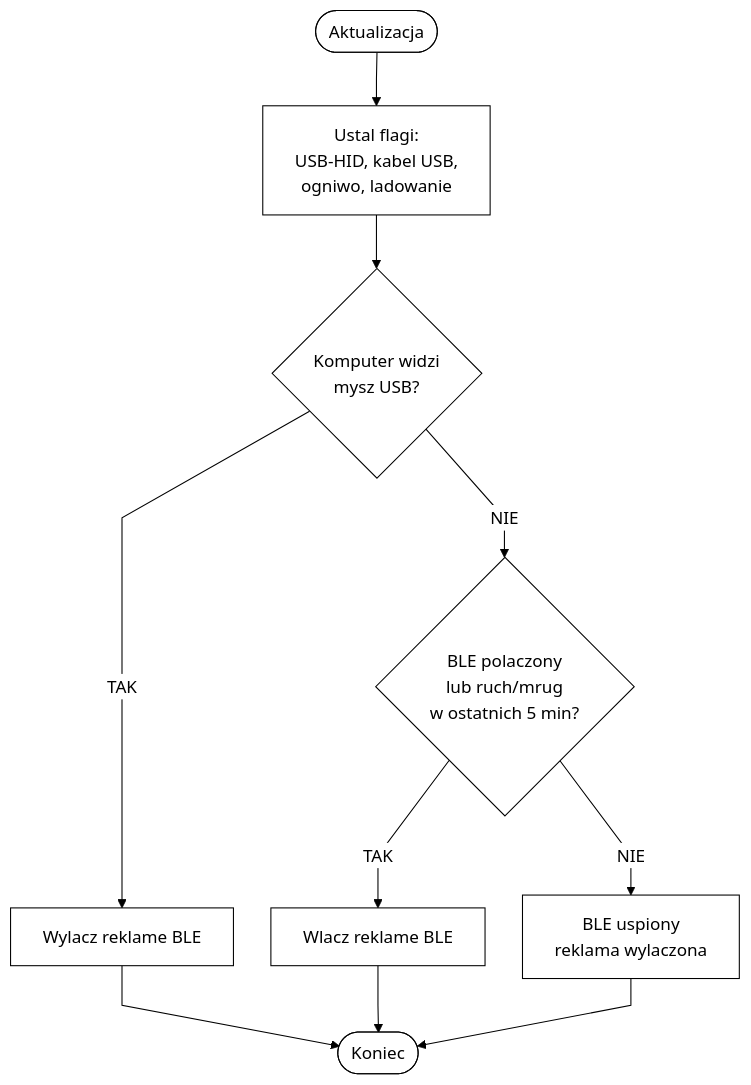
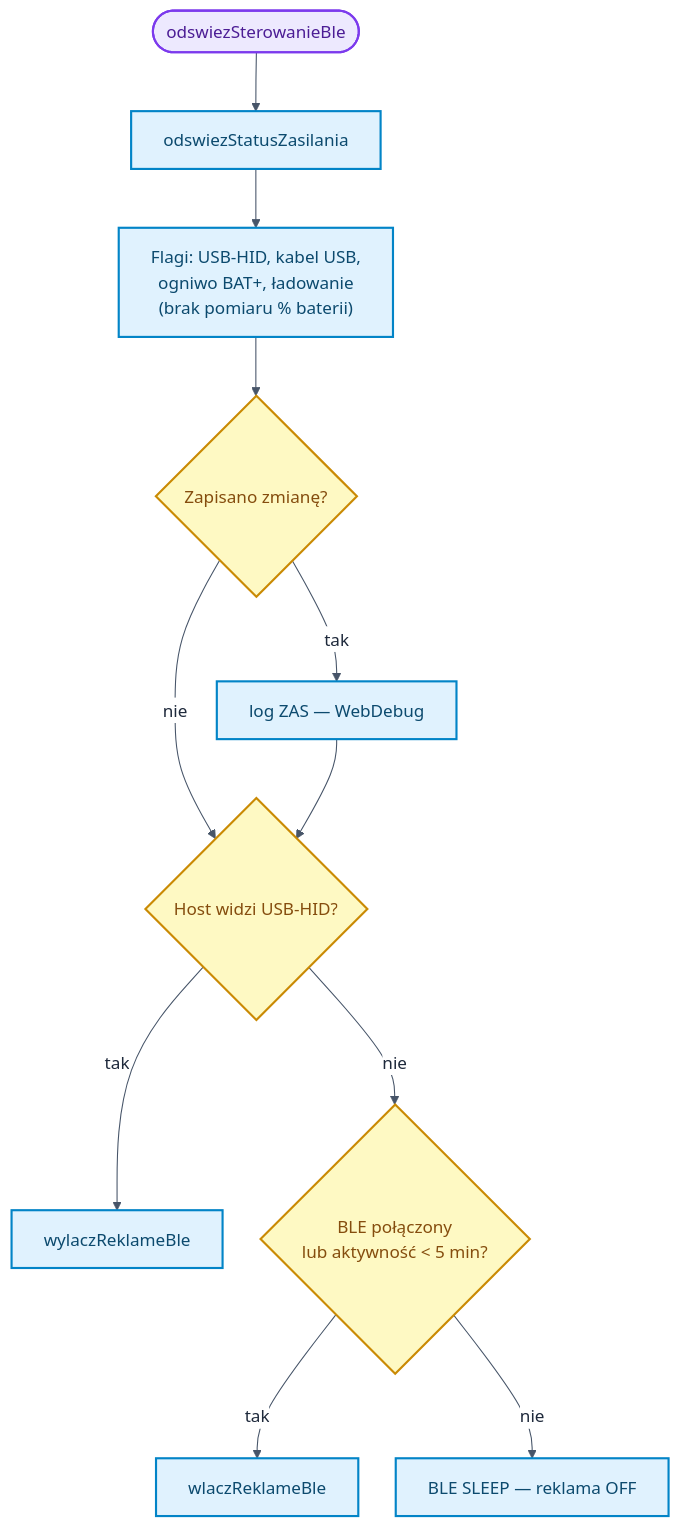
One commit to bartkadres-ai/HEFAS-4.0 changed the fifth of 10 diagrams in README.md. Above: the diagram before and after it, drawn with Mermaid. The commit also changed other lines of this file, not shown here.

````diff
--- a/README.md
+++ b/README.md
@@ -414,13 +455,22 @@
 ```mermaid
-%%{init: {'theme':'base','themeVariables':{'background':'#ffffff','mainBkg':'#ffffff','primaryColor':'#ffffff','primaryTextColor':'#000000','primaryBorderColor':'#000000','lineColor':'#000000','edgeLabelBackground':'#ffffff'},'flowchart':{'curve':'linear','nodeSpacing':35,'rankSpacing':50}}}%%
+%%{init: {'theme':'base','themeVariables':{'background':'#ffffff','mainBkg':'#ffffff','primaryColor':'#ffffff','primaryTextColor':'#1e293b','primaryBorderColor':'#64748b','lineColor':'#475569','edgeLabelBackground':'#ffffff'},'flowchart':{'curve':'basis','nodeSpacing':35,'rankSpacing':55}}}%%
 flowchart TD
-    A([Aktualizacja]) --> B[Ustal flagi:<br/>USB-HID, kabel USB,<br/>ogniwo, ladowanie]
-    B --> C{Komputer widzi<br/>mysz USB?}
-    C -->|TAK| D[Wylacz reklame BLE]
-    C -->|NIE| E{BLE polaczony<br/>lub ruch/mrug<br/>w ostatnich 5 min?}
-    E -->|TAK| F[Wlacz reklame BLE]
-    E -->|NIE| G[BLE uspiony<br/>reklama wylaczona]
-    D --> H([Koniec])
-    F --> H
-    G --> H
+    Z([odswiezSterowanieBle]) --> ST[odswiezStatusZasilania]
+    ST --> FL["Flagi: USB-HID, kabel USB,<br/>ogniwo BAT+, ładowanie<br/>(brak pomiaru % baterii)"]
+    FL --> CHG{Zapisano zmianę?}
+    CHG -->|tak| LOGZ["log ZAS — WebDebug"]
+    CHG -->|nie| USBCHK
+    LOGZ --> USBCHK{Host widzi USB-HID?}
+
+    USBCHK -->|tak| OFF[wylaczReklameBle]
+    USBCHK -->|nie| CON{BLE połączony<br/>lub aktywność &lt; 5 min?}
+    CON -->|tak| ON[wlaczReklameBle]
+    CON -->|nie| SLEEP[BLE SLEEP — reklama OFF]
+
+    classDef startEnd fill:#ede9fe,stroke:#7c3aed,stroke-width:2px,color:#4c1d95
+    classDef process fill:#e0f2fe,stroke:#0284c7,stroke-width:2px,color:#0c4a6e
+    classDef decision fill:#fef9c3,stroke:#ca8a04,stroke-width:2px,color:#854d0e
+    class Z startEnd
+    class ST,FL,LOGZ,OFF,ON,SLEEP process
+    class CHG,USBCHK,CON decision
 ```
````
